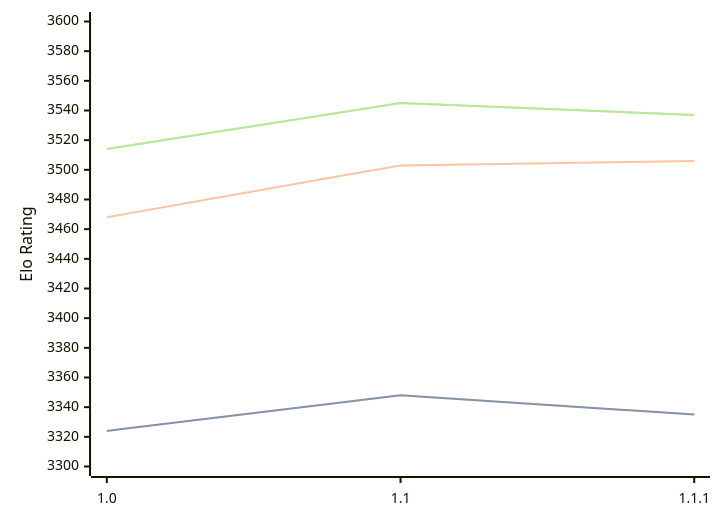
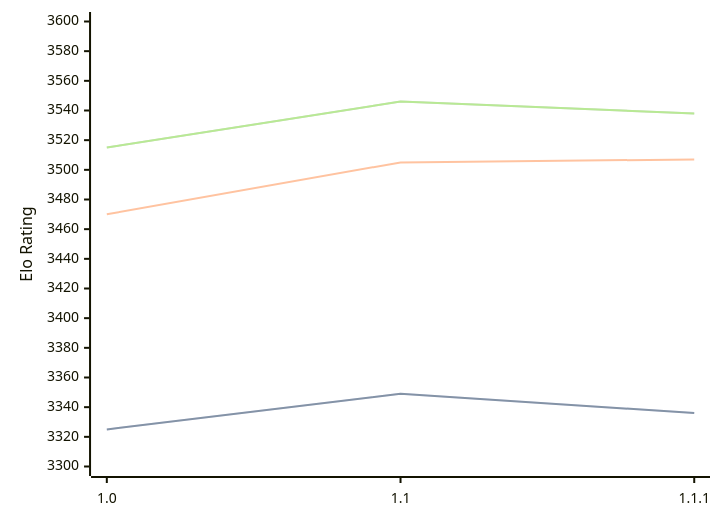
The diagram in engines/Icarus.md (computer-chess-index/cci), drawn with Mermaid before and after one commit. The commit also changed other lines of this file, not shown here.

Commit message:
Update CCI Ratings (ELO VLTC) - 2026-10-09

````diff
--- a/engines/Icarus.md
+++ b/engines/Icarus.md
@@ -33,11 +33,11 @@
 ```mermaid
 %%{init: {"theme":"base","themeVariables":{"seriesColors:['#a3a3a3','#222221','#faa371']}}}%%
 xychart-beta
   x-axis ["1.0", "1.1", "1.1.1"]
   y-axis "Elo Rating" 3300 --> 3600
-  line "" [3324, 3348, 3335]
-  line "STC (8.0+0.08s)" [3324, 3348, 3335]
-  line "LTC (60.0+0.60s)" [3468, 3503, 3506]
-  line "" [3514, 3545, 3537]
-  line "VLTC (2m24s+1.12s)" [3514, 3545, 3537]
+  line "" [3325, 3349, 3336]
+  line "STC (8.0+0.08s)" [3325, 3349, 3336]
+  line "LTC (60.0+0.60s)" [3470, 3505, 3507]
+  line "" [3515, 3546, 3538]
+  line "VLTC (2m24s+1.12s)" [3515, 3546, 3538]
 ```
````
